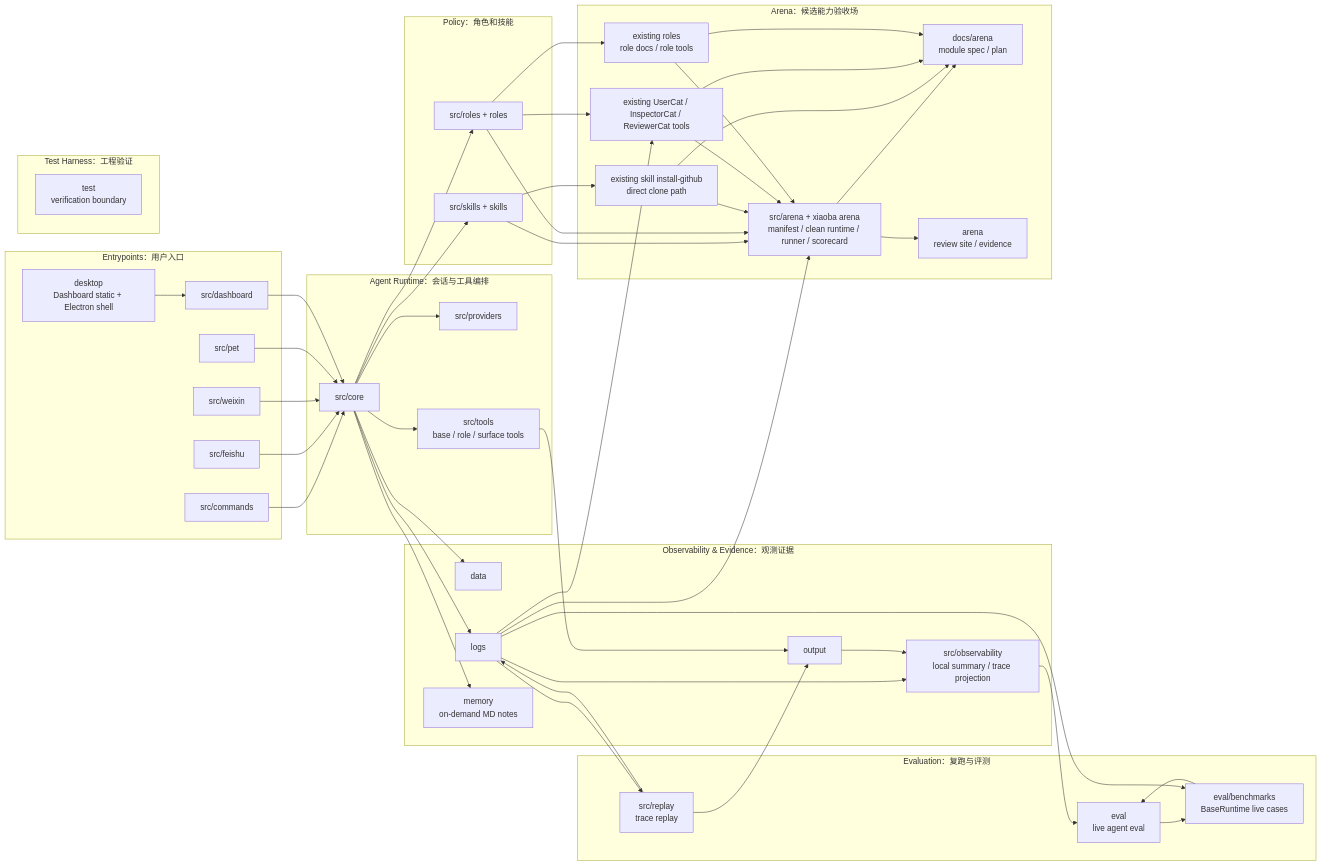
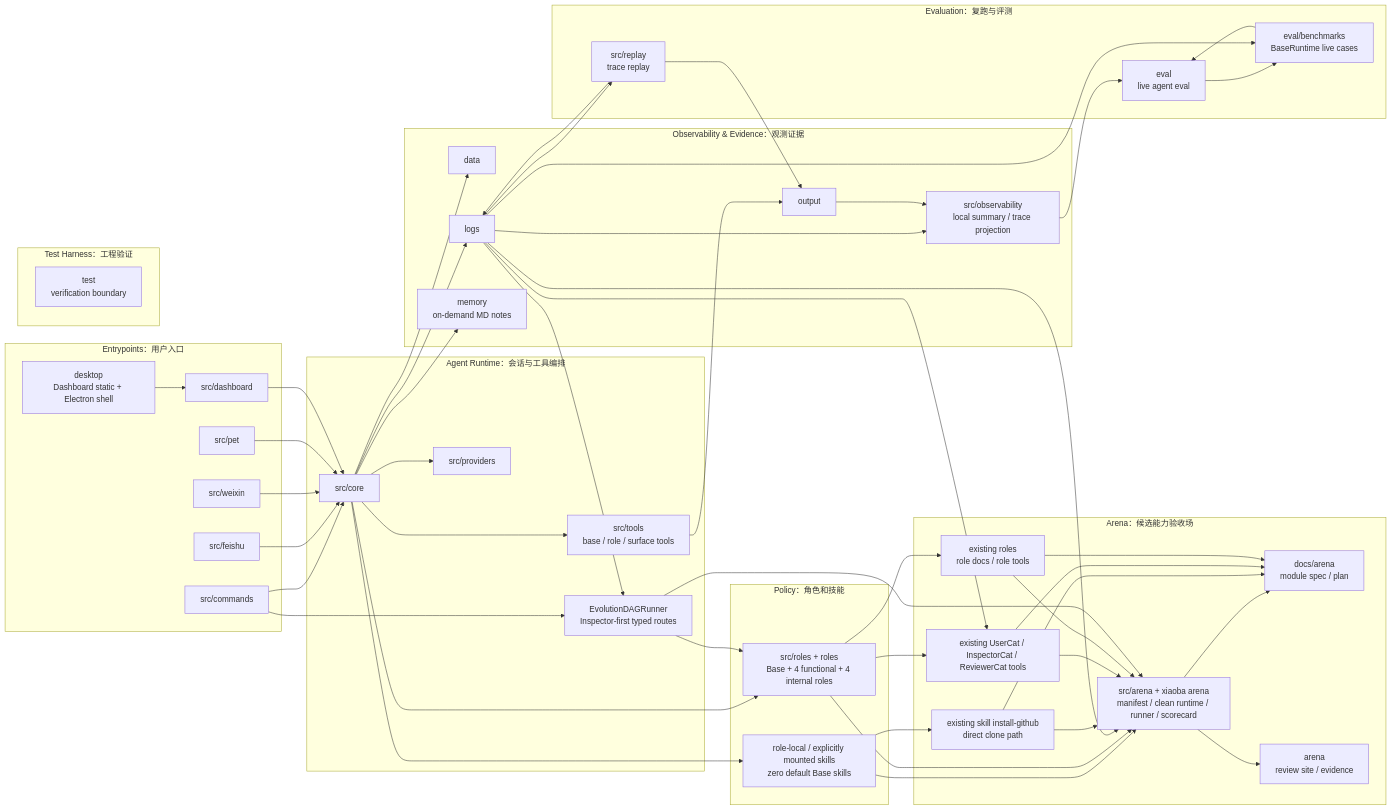
The first of 3 diagrams in docs/SPEC.md (fightheyyy/XiaoBa-CLI), drawn with Mermaid before and after one commit. The commit also changed other lines of this file and 103 other files, not shown here.

```diff
--- a/docs/SPEC.md
+++ b/docs/SPEC.md
@@ -74,11 +74,12 @@
         Core["src/core"]
         Providers["src/providers"]
         Tools["src/tools<br/>base / role / surface tools"]
+        EvolutionDAG["EvolutionDAGRunner<br/>Inspector-first typed routes"]
     end
 
     subgraph Policy["Policy：角色和技能"]
-        Skills["src/skills + skills"]
-        Roles["src/roles + roles"]
+        Skills["role-local / explicitly mounted skills<br/>zero default Base skills"]
+        Roles["src/roles + roles<br/>Base + 4 functional + 4 internal roles"]
     end
 
     subgraph Observe["Observability & Evidence：观测证据"]
@@ -109,6 +110,7 @@
     end
 
     Commands --> Core
+    Commands --> EvolutionDAG
     Feishu --> Core
     Weixin --> Core
     Pet --> Core
@@ -119,6 +121,8 @@
     Core --> Tools
     Core --> Skills
     Core --> Roles
+    Logs --> EvolutionDAG
+    EvolutionDAG --> Roles
     Core --> Data
     Core --> Logs
     Core --> Memory
@@ -143,6 +147,7 @@
     ExistingSkillCmd --> ArenaCtl
     ExistingArenaInputs --> ArenaCtl
     ExistingRoleInputs --> ArenaCtl
+    EvolutionDAG --> ArenaCtl
     ArenaCtl --> ArenaSite
     ArenaCtl --> ArenaDocs
     ExistingSkillCmd --> ArenaDocs
```
